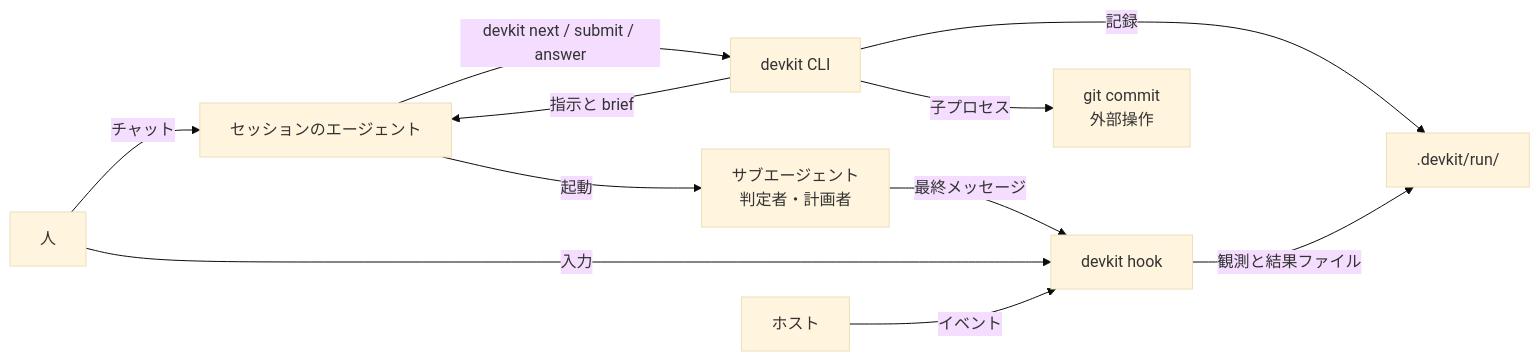
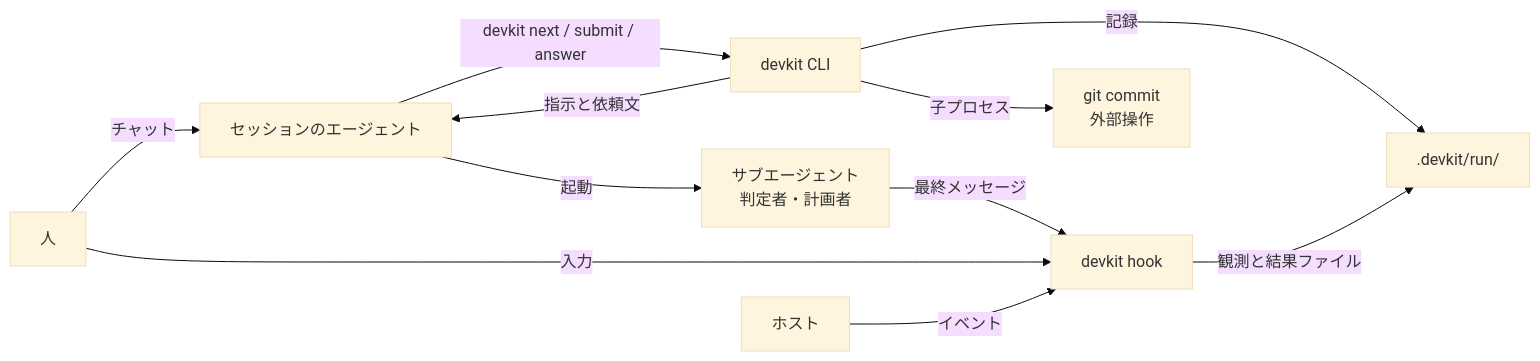
The diagram in docs/architecture.md (ildjenty/dev-kit), drawn with Mermaid (base theme) before and after one commit. The commit also changed other lines of this file and 24 other files, not shown here.

````diff
--- a/docs/architecture.md
+++ b/docs/architecture.md
@@ -9,13 +9,13 @@
 ```mermaid
 graph LR
   human[人] -- チャット --> agent[セッションのエージェント]
   agent -- "devkit next / submit / answer" --> devkit[devkit CLI]
-  devkit -- 指示と brief --> agent
+  devkit -- 指示と依頼文 --> agent
   devkit -- 記録 --> run[.devkit/run/]
   agent -- 起動 --> sub[サブエージェント<br/>判定者・計画者]
   sub -- 最終メッセージ --> hook[devkit hook]
   human -- 入力 --> hook
   hook -- 観測と結果ファイル --> run
   devkit -- 子プロセス --> cmd[git commit<br/>外部操作]
   host[ホスト] -- イベント --> hook
 ```
````
